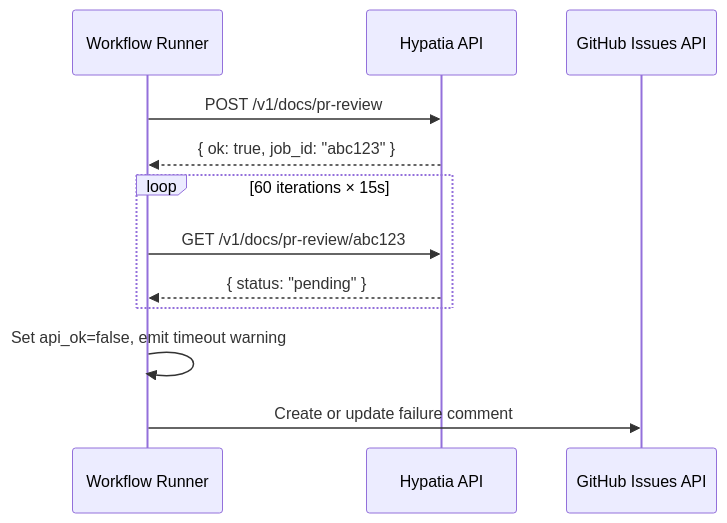
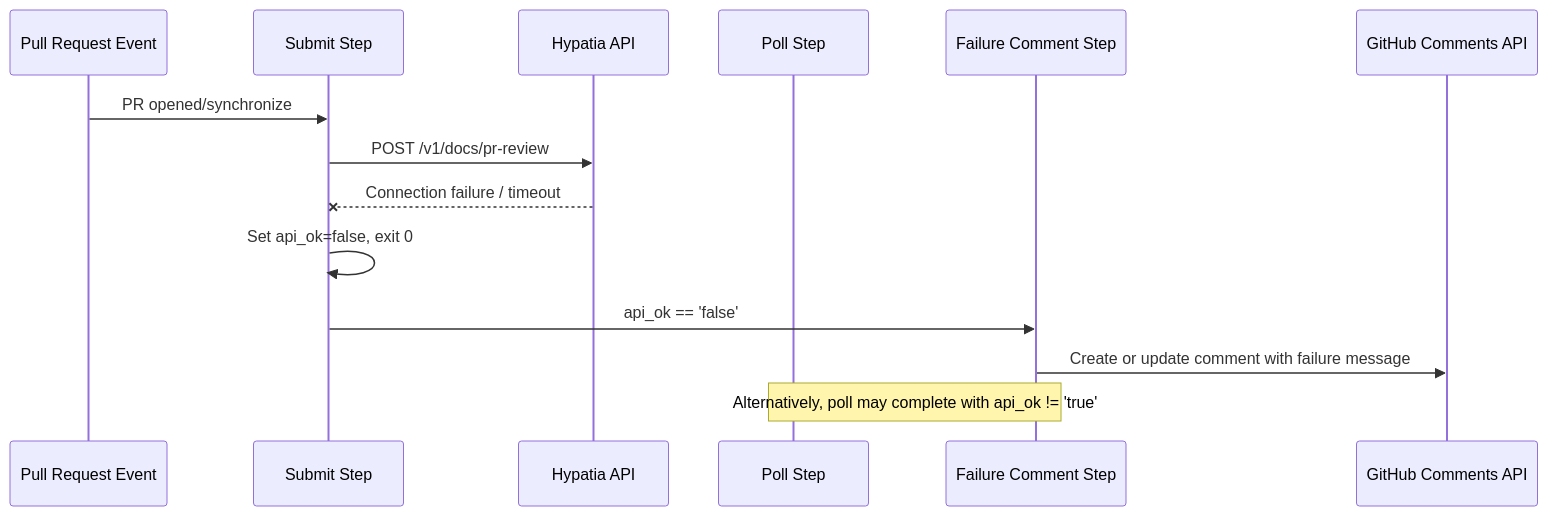
The fourth of 4 diagrams in docs/.github-workflows.md (cornelisnetworks/opa-psm2-tests), drawn with Mermaid before and after one commit. The commit also changed other lines of this file and 1 other file, not shown here.

````diff
--- a/docs/.github-workflows.md
+++ b/docs/.github-workflows.md
@@ -84,15 +85,18 @@
 ```mermaid
 sequenceDiagram
-    participant WF as Workflow Runner
+    participant PR as Pull Request Event
+    participant Submit as Submit Step
     participant API as Hypatia API
-    participant GH as GitHub Issues API
+    participant Poll as Poll Step
+    participant Fail as Failure Comment Step
+    participant GH as GitHub Comments API
 
-    WF->>API: POST /v1/docs/pr-review
-    API-->>WF: { ok: true, job_id: "abc123" }
-    loop 60 iterations × 15s
-        WF->>API: GET /v1/docs/pr-review/abc123
-        API-->>WF: { status: "pending" }
-    end
-    WF->>WF: Set api_ok=false, emit timeout warning
-    WF->>GH: Create or update failure comment
+    PR->>Submit: PR opened/synchronize
+    Submit->>API: POST /v1/docs/pr-review
+    API--xSubmit: Connection failure / timeout
+    Submit->>Submit: Set api_ok=false, exit 0
+    Submit->>Fail: api_ok == 'false'
+    Fail->>GH: Create or update comment with failure message
+
+    Note over Poll,Fail: Alternatively, poll may complete with api_ok != 'true'
 ```
````
